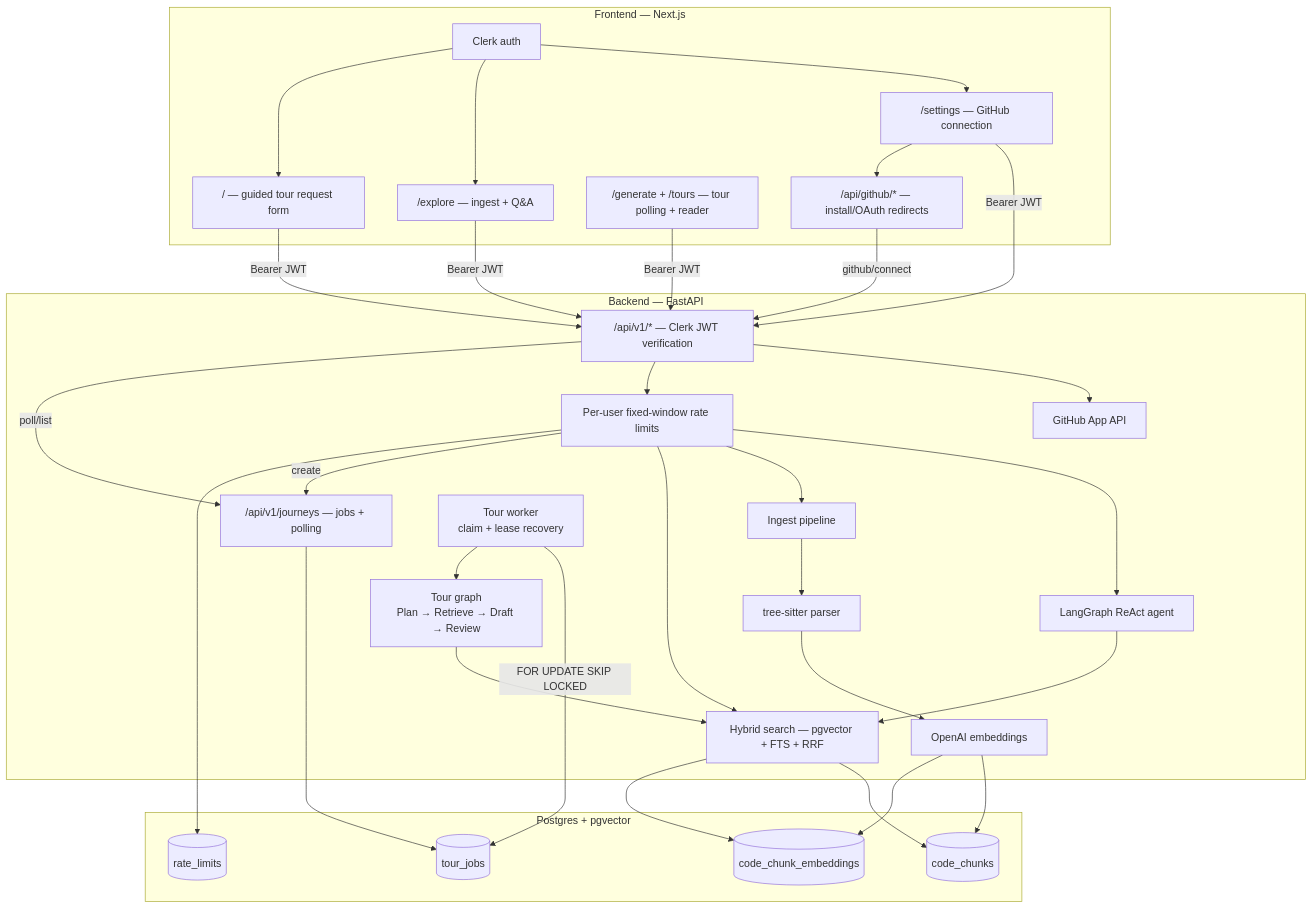
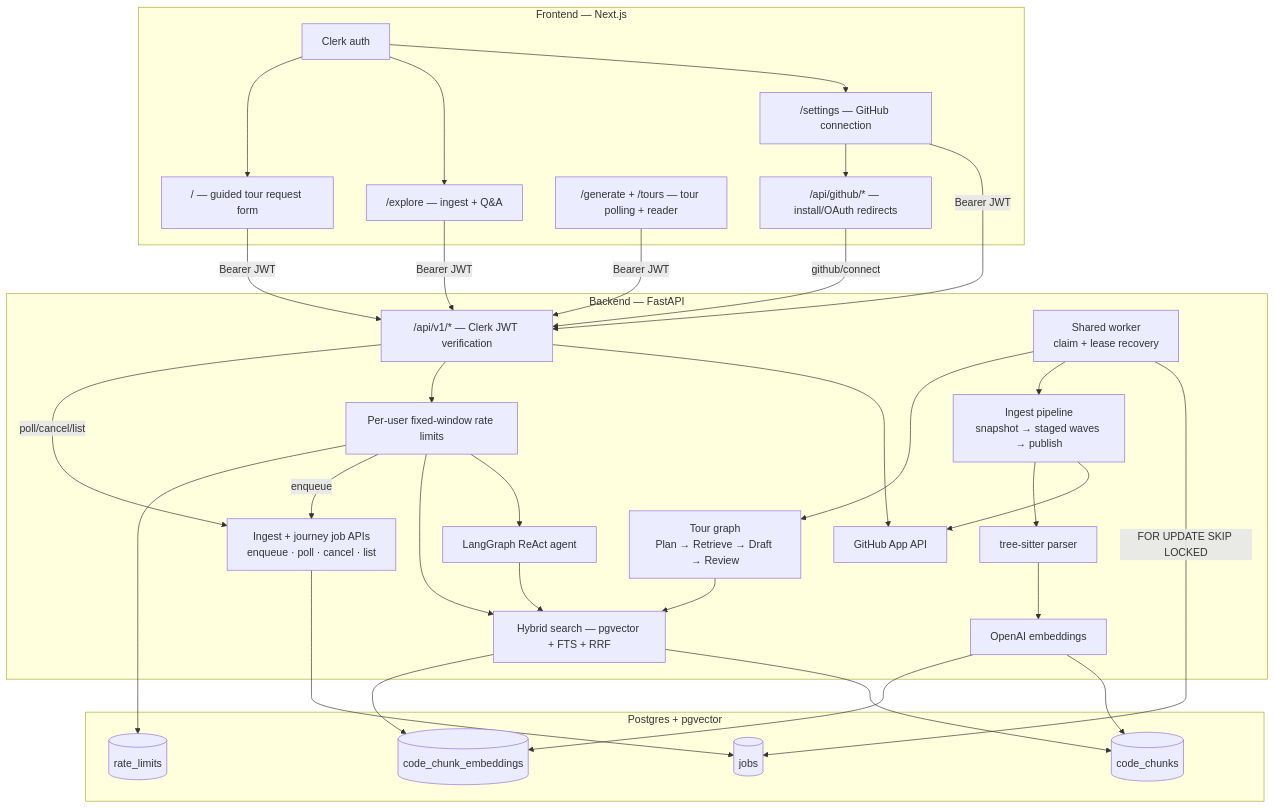
Before and after one commit to jballo/camino: the second of 3 diagrams in README.md, drawn with Mermaid. The commit also changed other lines of this file and 3 other files, not shown here.

````diff
--- a/README.md
+++ b/README.md
@@ -82,59 +82,60 @@
 ```mermaid
 flowchart TB
   subgraph frontend [Frontend — Next.js]
     Clerk[Clerk auth]
     Settings["/settings — GitHub connection"]
     Explore["/explore — ingest + Q&A"]
     Home["/ — guided tour request form"]
     TourUI["/generate + /tours — tour polling + reader"]
     GithubRoutes["/api/github/* — install/OAuth redirects"]
   end
 
   subgraph backend [Backend — FastAPI]
     API["/api/v1/* — Clerk JWT verification"]
     GH[GitHub App API]
-    Ingest[Ingest pipeline]
+    Ingest["Ingest pipeline<br/>snapshot → staged waves → publish"]
     Parser[tree-sitter parser]
     Embed[OpenAI embeddings]
     Search[Hybrid search — pgvector + FTS + RRF]
     Agent[LangGraph ReAct agent]
-    Journeys["/api/v1/journeys — jobs + polling"]
-    Worker["Tour worker<br/>claim + lease recovery"]
+    JobAPIs["Ingest + journey job APIs<br/>enqueue · poll · cancel · list"]
+    Worker["Shared worker<br/>claim + lease recovery"]
     TourGraph["Tour graph<br/>Plan → Retrieve → Draft → Review"]
     Limits["Per-user fixed-window rate limits"]
   end
 
   subgraph data [Postgres + pgvector]
     Chunks[(code_chunks)]
     Vectors[(code_chunk_embeddings)]
-    Jobs[(tour_jobs)]
+    Jobs[(jobs)]
     Counters[(rate_limits)]
   end
 
   Clerk --> Settings
   Clerk --> Explore
   Clerk --> Home
   Settings -->|"Bearer JWT"| API
   Explore -->|"Bearer JWT"| API
   Home -->|"Bearer JWT"| API
   TourUI -->|"Bearer JWT"| API
   Settings --> GithubRoutes
   GithubRoutes -->|github/connect| API
   API --> GH
   API --> Limits
   Limits --> Agent
-  Limits --> Ingest
   Limits --> Search
-  Limits -->|create| Journeys
-  API -->|poll/list| Journeys
+  Limits -->|enqueue| JobAPIs
+  API -->|poll/cancel/list| JobAPIs
   Limits --> Counters
+  Ingest --> GH
   Ingest --> Parser --> Embed --> Chunks
   Embed --> Vectors
   Agent --> Search
-  Journeys --> Jobs
+  JobAPIs --> Jobs
   Worker -->|"FOR UPDATE SKIP LOCKED"| Jobs
+  Worker --> Ingest
   Worker --> TourGraph
   TourGraph --> Search
   Search --> Chunks
   Search --> Vectors
 ```
````
